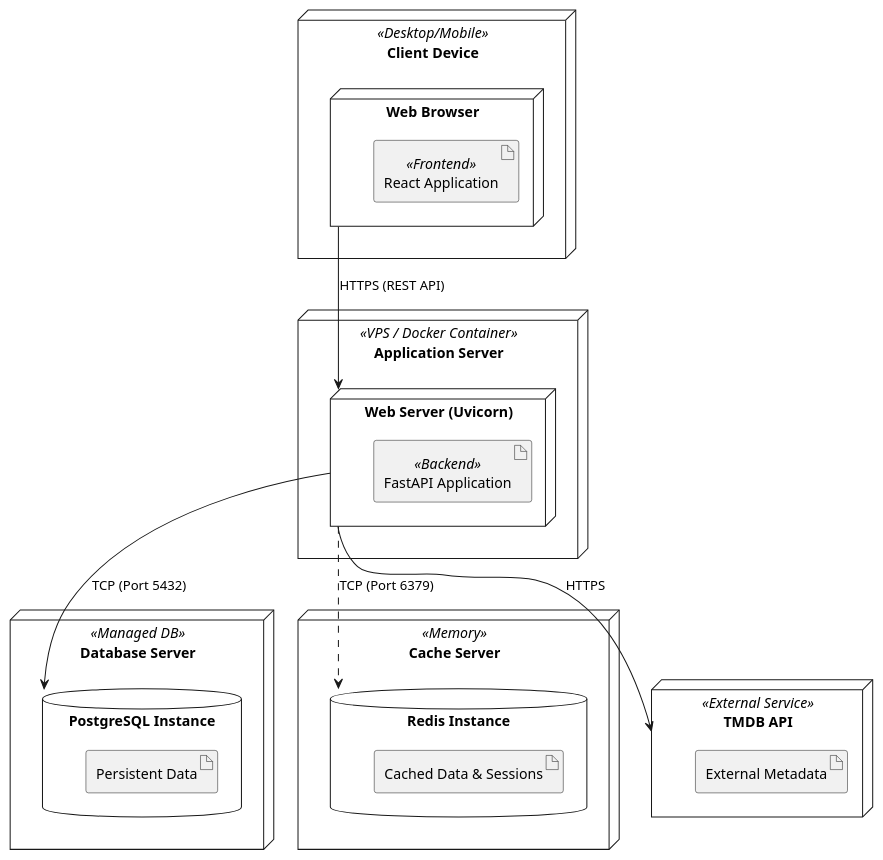
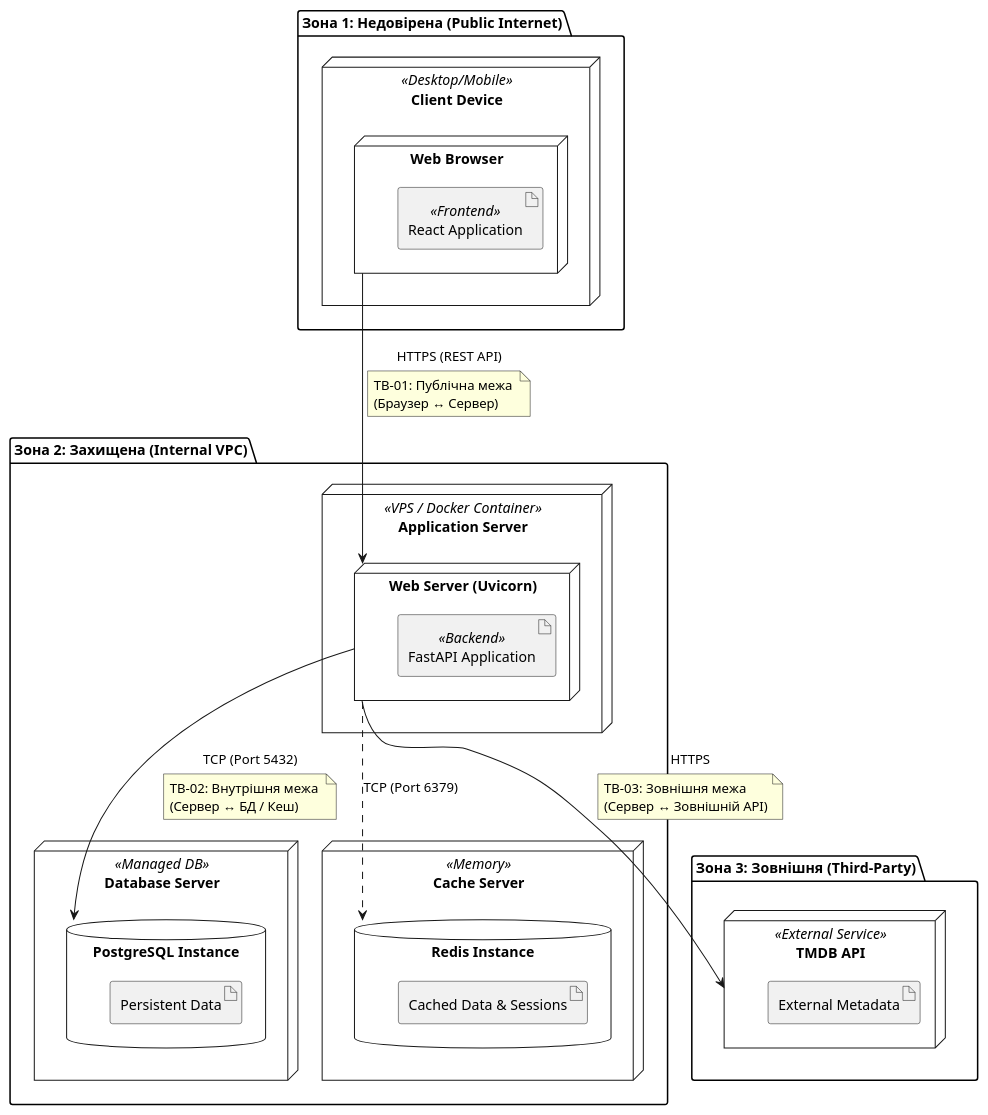
The diagram in docs/architecture/uml/deployment-diagram.puml (ukma-fin-ssdm-2026/ctrl-alt-defeat), drawn with PlantUML before and after one commit.

Commit message:
Refactor deployment diagram with new zones and notes

```diff
--- a/docs/architecture/uml/deployment-diagram.puml
+++ b/docs/architecture/uml/deployment-diagram.puml
@@ -1,34 +1,56 @@
 @startuml
-node "Client Device" <<Desktop/Mobile>> {
-    node "Web Browser" {
-        artifact "React Application" <<Frontend>>
+package "Зона 1: Недовірена (Public Internet)" {
+    node "Client Device" <<Desktop/Mobile>> {
+        node "Web Browser" {
+            artifact "React Application" <<Frontend>>
+        }
     }
 }
 
-node "Application Server" <<VPS / Docker Container>> {
-    node "Web Server (Uvicorn)" {
-        artifact "FastAPI Application" <<Backend>>
+package "Зона 2: Захищена (Internal VPC)" {
+    node "Application Server" <<VPS / Docker Container>> {
+        node "Web Server (Uvicorn)" {
+            artifact "FastAPI Application" <<Backend>>
+        }
+    }
+
+    node "Database Server" <<Managed DB>> {
+        database "PostgreSQL Instance" {
+            artifact "Persistent Data"
+        }
+    }
+
+    node "Cache Server" <<Memory>> {
+        database "Redis Instance" {
+            artifact "Cached Data & Sessions"
+        }
     }
 }
 
-node "Database Server" <<Managed DB>> {
-    database "PostgreSQL Instance" {
-        artifact "Persistent Data"
+package "Зона 3: Зовнішня (Third-Party)" {
+    node "TMDB API" <<External Service>> {
+        artifact "External Metadata"
     }
 }
 
-node "Cache Server" <<Memory>> {
-    database "Redis Instance" {
-        artifact "Cached Data & Sessions"
-    }
-}
+' Зв'язки та межі довіри на них
+"Web Browser" --> "Web Server (Uvicorn)" : HTTPS (REST API)
+note on link
+  TB-01: Публічна межа 
+  (Браузер ↔ Сервер)
+end note
 
-node "TMDB API" <<External Service>> {
-    artifact "External Metadata"
-}
+"Web Server (Uvicorn)" --> "PostgreSQL Instance" : TCP (Port 5432)
+note on link
+  TB-02: Внутрішня межа 
+  (Сервер ↔ БД / Кеш)
+end note
 
-"Web Browser" --> "Web Server (Uvicorn)" : HTTPS (REST API)
-"Web Server (Uvicorn)" --> "PostgreSQL Instance" : TCP (Port 5432)
 "Web Server (Uvicorn)" ..> "Redis Instance" : TCP (Port 6379)
+
 "Web Server (Uvicorn)" --> "TMDB API" : HTTPS
+note on link
+  TB-03: Зовнішня межа 
+  (Сервер ↔ Зовнішній API)
+end note
 @enduml
```
